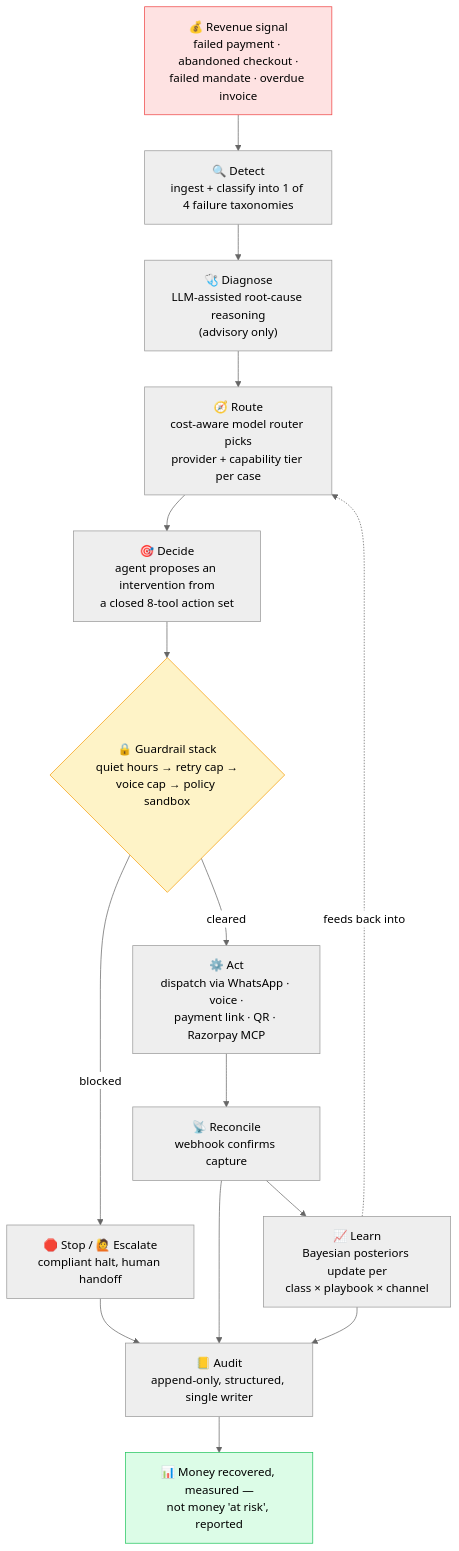
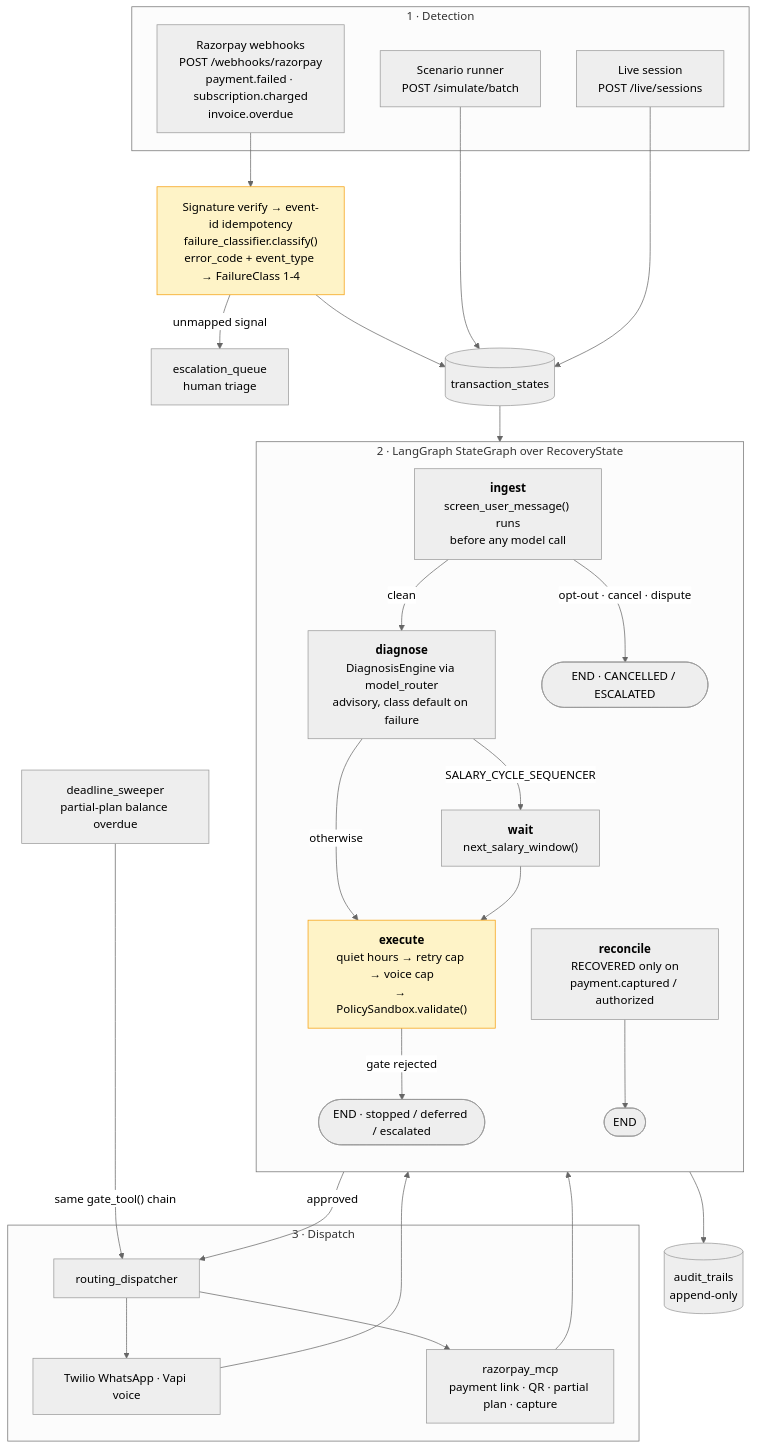
One commit to AbhayKale332/Recova changed the diagram in README.md. Above: the diagram before and after it, drawn with Mermaid (neutral theme). The commit also changed other lines of this file, not shown here.

Commit message:
Docs : Updated README with a high level agent architecture

````diff
--- a/README.md
+++ b/README.md
@@ -42,21 +30,50 @@
 ```mermaid
 flowchart TB
-    IN["💰 Revenue signal<br/>failed payment · abandoned checkout ·<br/>failed mandate · overdue invoice"] --> DET["🔍 Detect<br/>ingest + classify into 1 of 4 failure taxonomies"]
-    DET --> DIAG["🩺 Diagnose<br/>LLM-assisted root-cause reasoning<br/>(advisory only)"]
-    DIAG --> ROUTE["🧭 Route<br/>cost-aware model router picks<br/>provider + capability tier per case"]
-    ROUTE --> DECIDE["🎯 Decide<br/>agent proposes an intervention from<br/>a closed 8-tool action set"]
-    DECIDE --> GATE{"🔒 Guardrail stack<br/>quiet hours → retry cap →<br/>voice cap → policy sandbox"}
-    GATE -->|"cleared"| ACT["⚙️ Act<br/>dispatch via WhatsApp · voice ·<br/>payment link · QR · Razorpay MCP"]
-    GATE -->|"blocked"| STOP["🛑 Stop / 🙋 Escalate<br/>compliant halt, human handoff"]
-    ACT --> RECON["📡 Reconcile<br/>webhook confirms capture"]
-    RECON --> LEARN["📈 Learn<br/>Bayesian posteriors update per<br/>class × playbook × channel"]
-    STOP --> AUDIT["📒 Audit<br/>append-only, structured, single writer"]
-    RECON --> AUDIT
-    LEARN --> AUDIT
-    AUDIT --> OUT["📊 Money recovered, measured —<br/>not money 'at risk', reported"]
-    LEARN -.->|"feeds back into"| ROUTE
+    subgraph DET["1 · Detection"]
+        WH["Razorpay webhooks<br/>POST /webhooks/razorpay<br/>payment.failed · subscription.charged<br/>invoice.overdue"]
+        SIM["Scenario runner<br/>POST /simulate/batch"]
+        LIVE["Live session<br/>POST /live/sessions"]
+    end
 
-    style IN fill:#fee2e2,stroke:#ef4444
-    style GATE fill:#fef3c7,stroke:#f59e0b
-    style OUT fill:#dcfce7,stroke:#22c55e
+    WH --> SIG["Signature verify → event-id idempotency<br/>failure_classifier.classify()<br/>error_code + event_type → FailureClass 1-4"]
+    SIG -->|"unmapped signal"| ESC0["escalation_queue<br/>human triage"]
+    SIG --> TX[("transaction_states")]
+    SIM --> TX
+    LIVE --> TX
+
+    subgraph GRAPH["2 · LangGraph StateGraph over RecoveryState"]
+        direction TB
+        ING["<b>ingest</b><br/>screen_user_message() runs<br/>before any model call"]
+        DIA["<b>diagnose</b><br/>DiagnosisEngine via model_router<br/>advisory, class default on failure"]
+        WAIT["<b>wait</b><br/>next_salary_window()"]
+        EXE["<b>execute</b><br/>quiet hours → retry cap → voice cap<br/>→ PolicySandbox.validate()"]
+        REC["<b>reconcile</b><br/>RECOVERED only on<br/>payment.captured / authorized"]
+
+        ING -->|"clean"| DIA
+        ING -->|"opt-out · cancel · dispute"| E1(["END · CANCELLED / ESCALATED"])
+        DIA -->|"SALARY_CYCLE_SEQUENCER"| WAIT
+        DIA -->|"otherwise"| EXE
+        WAIT --> EXE
+        EXE -->|"gate rejected"| E2(["END · stopped / deferred / escalated"])
+        REC --> E3(["END"])
+    end
+
+    subgraph OUT["3 · Dispatch"]
+        DISP["routing_dispatcher"]
+        CH["Twilio WhatsApp · Vapi voice"]
+        MCP["razorpay_mcp<br/>payment link · QR · partial plan · capture"]
+        DISP --> CH
+        DISP --> MCP
+    end
+
+    SWEEP["deadline_sweeper<br/>partial-plan balance overdue"] -->|"same gate_tool() chain"| DISP
+
+    TX --> ING
+    EXE -->|"approved"| DISP
+    CH --> REC
+    MCP --> REC
+    GRAPH --> AUD[("audit_trails<br/>append-only")]
+
+    style SIG fill:#fef3c7,stroke:#f59e0b
+    style EXE fill:#fef3c7,stroke:#f59e0b
 ```
````
